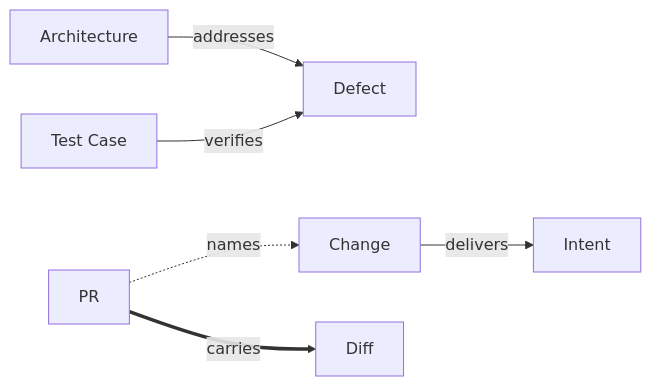
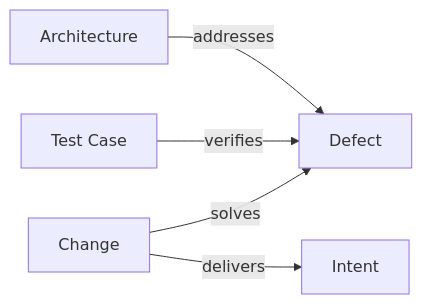
Before and after one commit to Kai-Hacks-AI/KAAL: the diagram in engineering/metamodel/views/hotfix.md, drawn with Mermaid. The commit also changed other lines of this file and 13 other files, not shown here.

````diff
--- a/engineering/metamodel/views/hotfix.md
+++ b/engineering/metamodel/views/hotfix.md
@@ -12,8 +14,7 @@
 ```mermaid
 flowchart LR
   Architecture -->|addresses| Defect
   TestCase["Test Case"] -->|verifies| Defect
+  Change -->|solves| Defect
   Change -->|delivers| Intent
-  PR -.->|names| Change
-  PR ==>|carries| Diff
 ```
````
